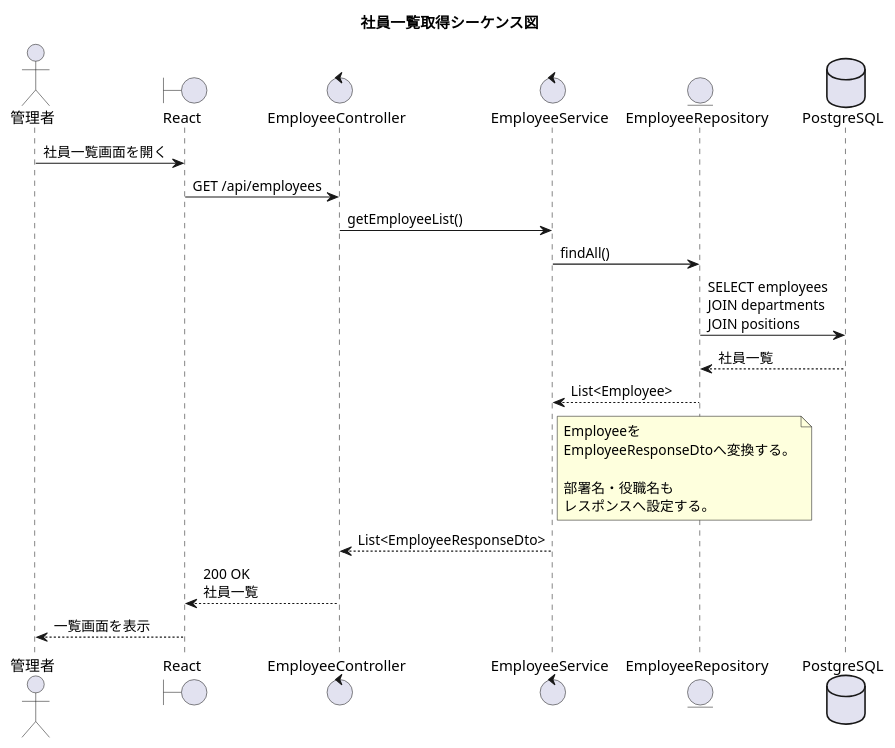
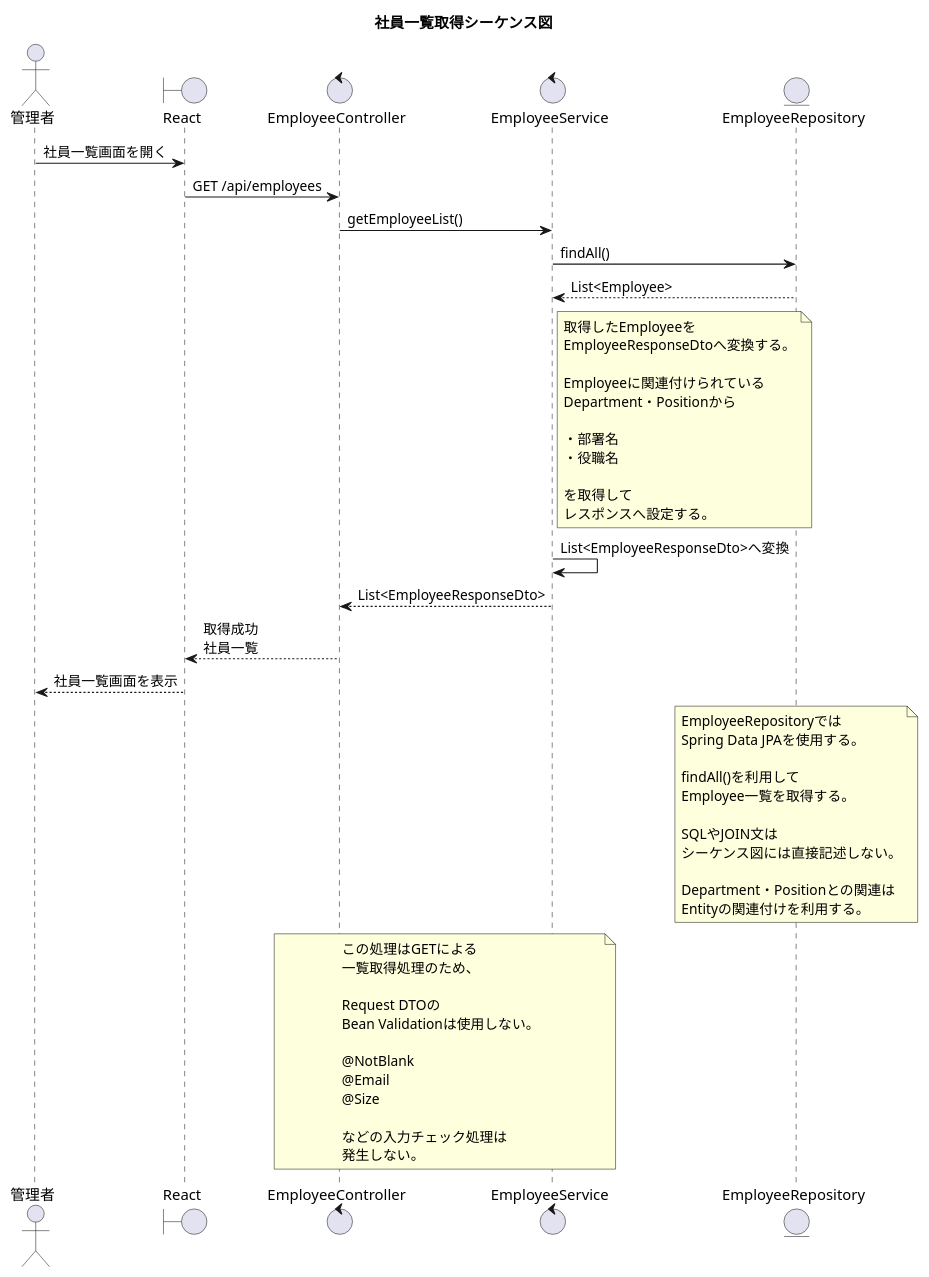
Before and after one commit to tettamasuyama/employee-management-system: the diagram in docs/sequence-diagram/シーケンス図_社員一覧取得.puml, drawn with PlantUML. The commit also changed 7 other files, not shown here.

```diff
--- a/docs/sequence-diagram/シーケンス図_社員一覧取得.puml
+++ b/docs/sequence-diagram/シーケンス図_社員一覧取得.puml
@@ -1,39 +1,76 @@
 @startuml
 title 社員一覧取得シーケンス図
 
 actor 管理者
 boundary React as Frontend
 control EmployeeController
 control EmployeeService
 entity EmployeeRepository
-database PostgreSQL
+
 
 管理者 -> Frontend : 社員一覧画面を開く
 
 Frontend -> EmployeeController : GET /api/employees
 
 EmployeeController -> EmployeeService : getEmployeeList()
 
 EmployeeService -> EmployeeRepository : findAll()
 
-EmployeeRepository -> PostgreSQL : SELECT employees\nJOIN departments\nJOIN positions
-
-PostgreSQL --> EmployeeRepository : 社員一覧
-
 EmployeeRepository --> EmployeeService : List<Employee>
 
+
 note right of EmployeeService
-Employeeを
+取得したEmployeeを
 EmployeeResponseDtoへ変換する。
 
-部署名・役職名も
+Employeeに関連付けられている
+Department・Positionから
+
+・部署名
+・役職名
+
+を取得して
 レスポンスへ設定する。
 end note
 
+
+EmployeeService -> EmployeeService : List<EmployeeResponseDto>へ変換
+
 EmployeeService --> EmployeeController : List<EmployeeResponseDto>
 
-EmployeeController --> Frontend : 200 OK\n社員一覧
+EmployeeController --> Frontend : 取得成功\n社員一覧
 
-Frontend --> 管理者 : 一覧画面を表示
+Frontend --> 管理者 : 社員一覧画面を表示
+
+
+note over EmployeeRepository
+EmployeeRepositoryでは
+Spring Data JPAを使用する。
+
+findAll()を利用して
+Employee一覧を取得する。
+
+SQLやJOIN文は
+シーケンス図には直接記述しない。
+
+Department・Positionとの関連は
+Entityの関連付けを利用する。
+end note
+
+
+note over EmployeeController, EmployeeService
+この処理はGETによる
+一覧取得処理のため、
+
+Request DTOの
+Bean Validationは使用しない。
+
+@NotBlank
+@Email
+@Size
+
+などの入力チェック処理は
+発生しない。
+end note
 
 @enduml
```
